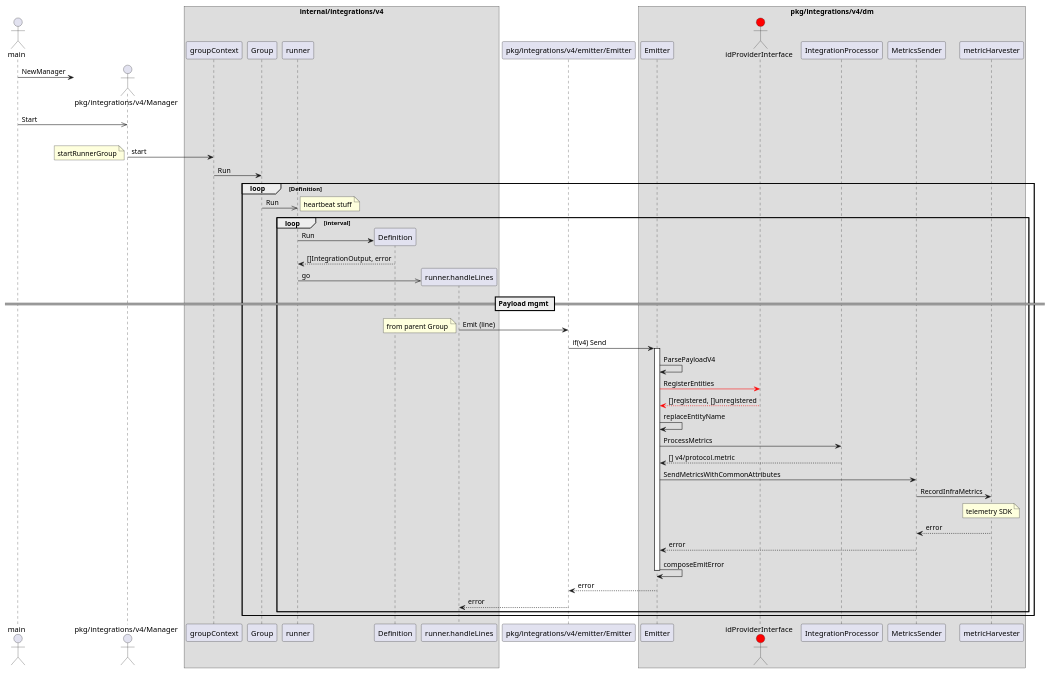
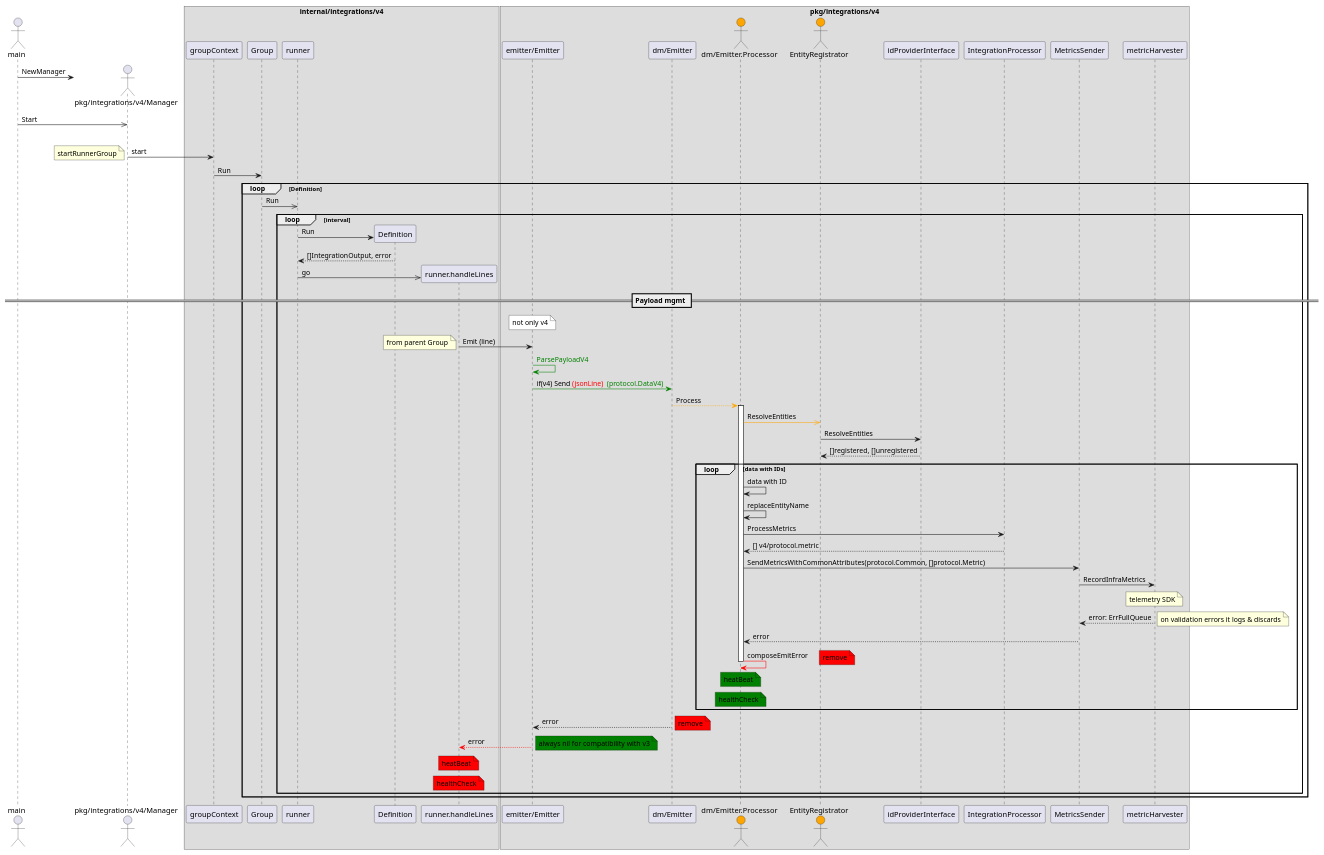
One commit to newrelic/infrastructure-agent changed the diagram in pkg/integrations/v4/sequence.plantuml. Above: the diagram before and after it, drawn with PlantUML. The commit also changed 14 other files, not shown here.

First line of the commit message:
Asynchronous Send() call signature + remove 2nd register call (#103,#111)

```diff
--- a/pkg/integrations/v4/sequence.plantuml
+++ b/pkg/integrations/v4/sequence.plantuml
@@ -1,80 +1,103 @@
 @startuml
 
 actor main
 actor "pkg/integrations/v4/Manager"
 create "pkg/integrations/v4/Manager"
 main -> "pkg/integrations/v4/Manager": NewManager
 
 main ->> "pkg/integrations/v4/Manager": Start
 
 'create  "pkg/integrations/v4/emitter"
 
 box "internal/integrations/v4"
 
 loop groupContext
 
     "pkg/integrations/v4/Manager" -> "groupContext" : start
     note left: startRunnerGroup
     "groupContext" -> Group : Run
 
     loop Definition
         Group ->> runner : Run
 
         loop interval
 
-        note right: heartbeat stuff
-
         create Definition
         runner -> Definition : Run
         runner <-- Definition : []IntegrationOutput, error
 
         create "runner.handleLines"
         runner ->> "runner.handleLines" : go
 
 end box
 
+box "pkg/integrations/v4"
+
         == Payload mgmt ==
 
-        "runner.handleLines" -> "pkg/integrations/v4/emitter/Emitter" : Emit (line)
-        note left: from parent Group
+        note over "emitter/Emitter" #white : not only v4
 
-        box "pkg/integrations/v4/dm"
+        "runner.handleLines" -> "emitter/Emitter" : Emit (line)
+        note left : from parent Group
 
-        "pkg/integrations/v4/emitter/Emitter" -> Emitter : if(v4) Send
+        "emitter/Emitter" -[#green]> "emitter/Emitter" : <font color=green>ParsePayloadV4
 
-        activate Emitter
 
-        Emitter -> Emitter : ParsePayloadV4
+        "emitter/Emitter" -[#green]> "dm/Emitter" : if(v4) Send <font color=red>(jsonLine)  <font color=green>(protocol.DataV4)
 
-        actor idProviderInterface #red
-        Emitter -[#red]> idProviderInterface : RegisterEntities
-        Emitter <[#red]-- idProviderInterface : []registered, []unregistered
+        actor "dm/Emitter.Processor" #orange
 
-        Emitter -> Emitter : replaceEntityName
+         "dm/Emitter" --[#orange]> "dm/Emitter.Processor" : Process
+        activate "dm/Emitter.Processor"
 
-        Emitter -> "IntegrationProcessor" : ProcessMetrics
-        Emitter <-- "IntegrationProcessor" : [] v4/protocol.metric
+        actor EntityRegistrator #orange
 
-        Emitter -> MetricsSender : SendMetricsWithCommonAttributes
+        "dm/Emitter.Processor" -[#orange]>> EntityRegistrator : ResolveEntities
+        EntityRegistrator -> idProviderInterface : ResolveEntities
+        EntityRegistrator <-- idProviderInterface : []registered, []unregistered
+'        "dm/Emitter.Processor" <[#orange]-- EntityRegistrator : []registered, []unregistered
+
+        loop data with IDs
+
+        "dm/Emitter.Processor" -> "dm/Emitter.Processor" : data with ID
+        "dm/Emitter.Processor" -> "dm/Emitter.Processor" : replaceEntityName
+
+        "dm/Emitter.Processor" -> "IntegrationProcessor" : ProcessMetrics
+        "dm/Emitter.Processor" <-- "IntegrationProcessor" : [] v4/protocol.metric
+
+        "dm/Emitter.Processor" -> MetricsSender : SendMetricsWithCommonAttributes(protocol.Common, []protocol.Metric)
 
         MetricsSender -> metricHarvester : RecordInfraMetrics
-        note over metricHarvester: telemetry SDK
-        MetricsSender <-- metricHarvester : error
 
-        Emitter <-- MetricsSender : error
+        note over metricHarvester : telemetry SDK
 
-        Emitter -> Emitter : composeEmitError
+        MetricsSender <-- metricHarvester : error: ErrFullQueue
+        note right : on validation errors it logs & discards
 
-        deactivate Emitter
+        "dm/Emitter.Processor" <-- MetricsSender : error
 
-        "pkg/integrations/v4/emitter/Emitter" <-- Emitter : error
+        "dm/Emitter.Processor" -[#red]> "dm/Emitter.Processor" : composeEmitError
+        note right #red : remove
+        note over "dm/Emitter.Processor" #green : heatBeat
+        note over "dm/Emitter.Processor" #green : healthCheck
 
-        end box
+        deactivate "dm/Emitter.Processor"
 
-        "runner.handleLines" <-- "pkg/integrations/v4/emitter/Emitter" : error
+        end
+
+        "emitter/Emitter" <-- "dm/Emitter" : error
+        note right #red : remove
+
+        "runner.handleLines" <[#red]-- "emitter/Emitter" : error
+        note right #green : always nil for compatibility with v3
+
+        note over "runner.handleLines" #red : heatBeat
+        note over "runner.handleLines" #red : healthCheck
+
     end
 
 end
 
+end box
 
 @enduml
```
